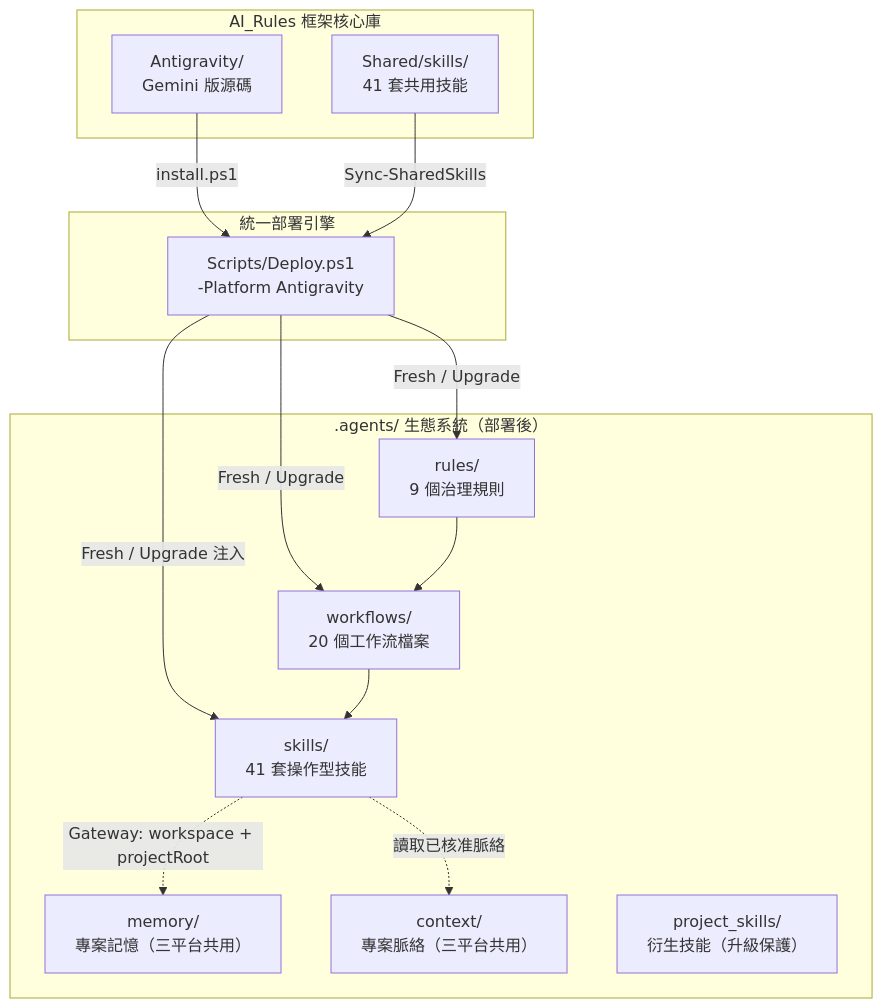
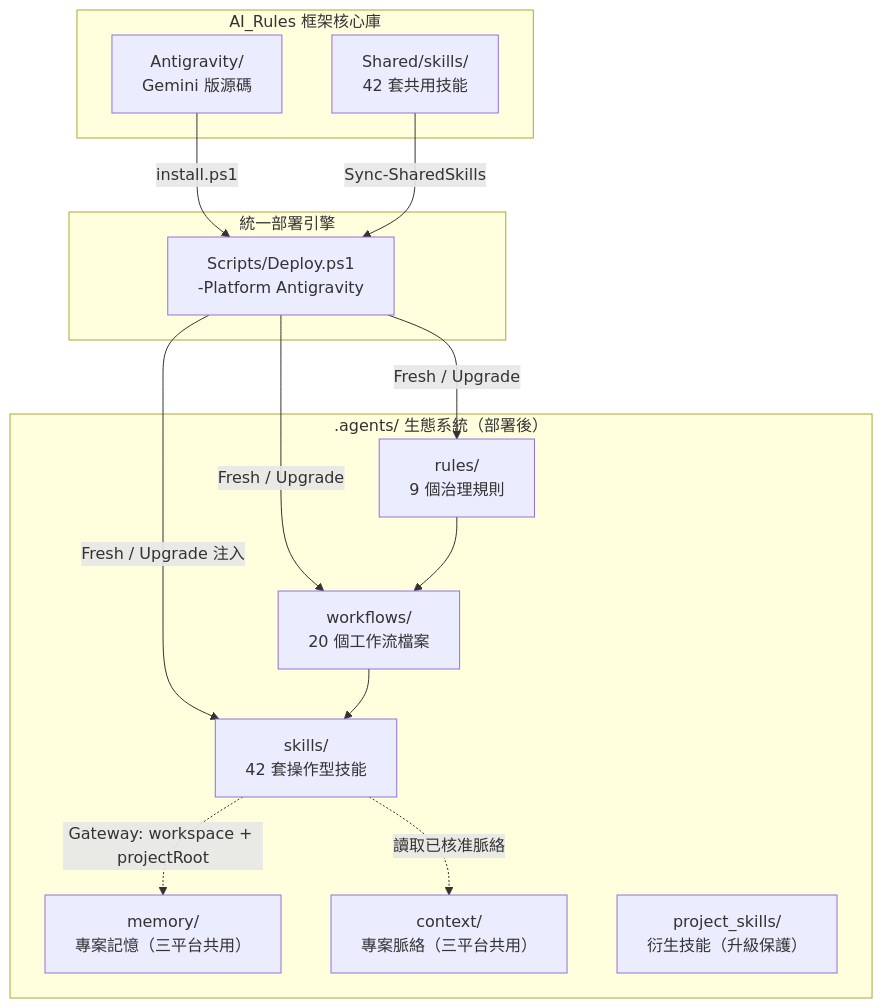
One commit to Kunshao1117/AI_Rules changed the first of 3 diagrams in Antigravity/README.md. Above: the diagram before and after it, drawn with Mermaid. The commit also changed other lines of this file and 61 other files, not shown here.

````diff
--- a/Antigravity/README.md
+++ b/Antigravity/README.md
@@ -82,30 +82,30 @@
 ```mermaid
 graph TB
     subgraph "AI_Rules 框架核心庫"
         SRC["Antigravity/<br/>Gemini 版源碼"]
-        SH["Shared/skills/<br/>41 套共用技能"]
+        SH["Shared/skills/<br/>42 套共用技能"]
     end
 
     subgraph "統一部署引擎"
         DEPLOY["Scripts/Deploy.ps1<br/>-Platform Antigravity"]
     end
 
     subgraph ".agents/ 生態系統（部署後）"
         RULES["rules/<br/>9 個治理規則"]
         WF["workflows/<br/>20 個工作流檔案"]
-        SKILLS["skills/<br/>41 套操作型技能"]
+        SKILLS["skills/<br/>42 套操作型技能"]
         MEM["memory/<br/>專案記憶（三平台共用）"]
         CTX["context/<br/>專案脈絡（三平台共用）"]
         PROJ["project_skills/<br/>衍生技能（升級保護）"]
     end
 
     SRC -->|"install.ps1"| DEPLOY
     SH -->|"Sync-SharedSkills"| DEPLOY
     DEPLOY -->|"Fresh / Upgrade"| RULES
     DEPLOY -->|"Fresh / Upgrade"| WF
     DEPLOY -->|"Fresh / Upgrade 注入"| SKILLS
     RULES --> WF
     WF --> SKILLS
     SKILLS -.->|"Gateway: workspace + projectRoot"| MEM
     SKILLS -.->|"讀取已核准脈絡"| CTX
 ```
````
